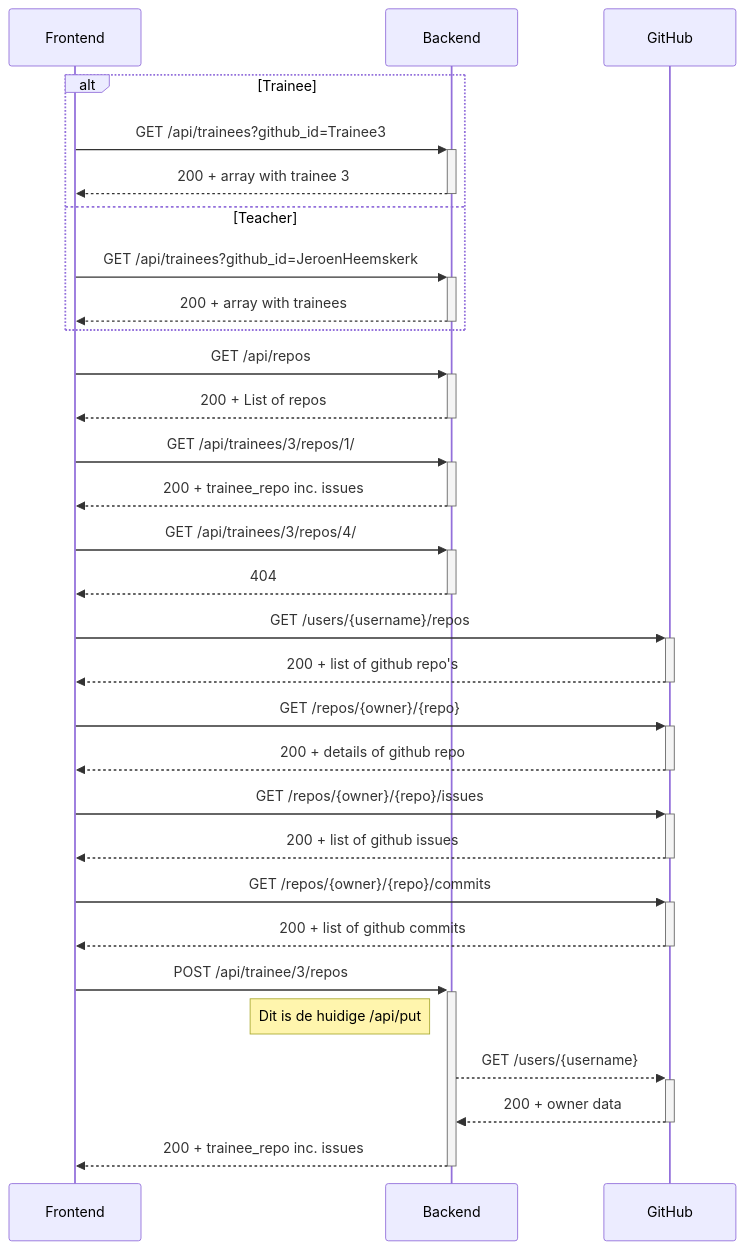
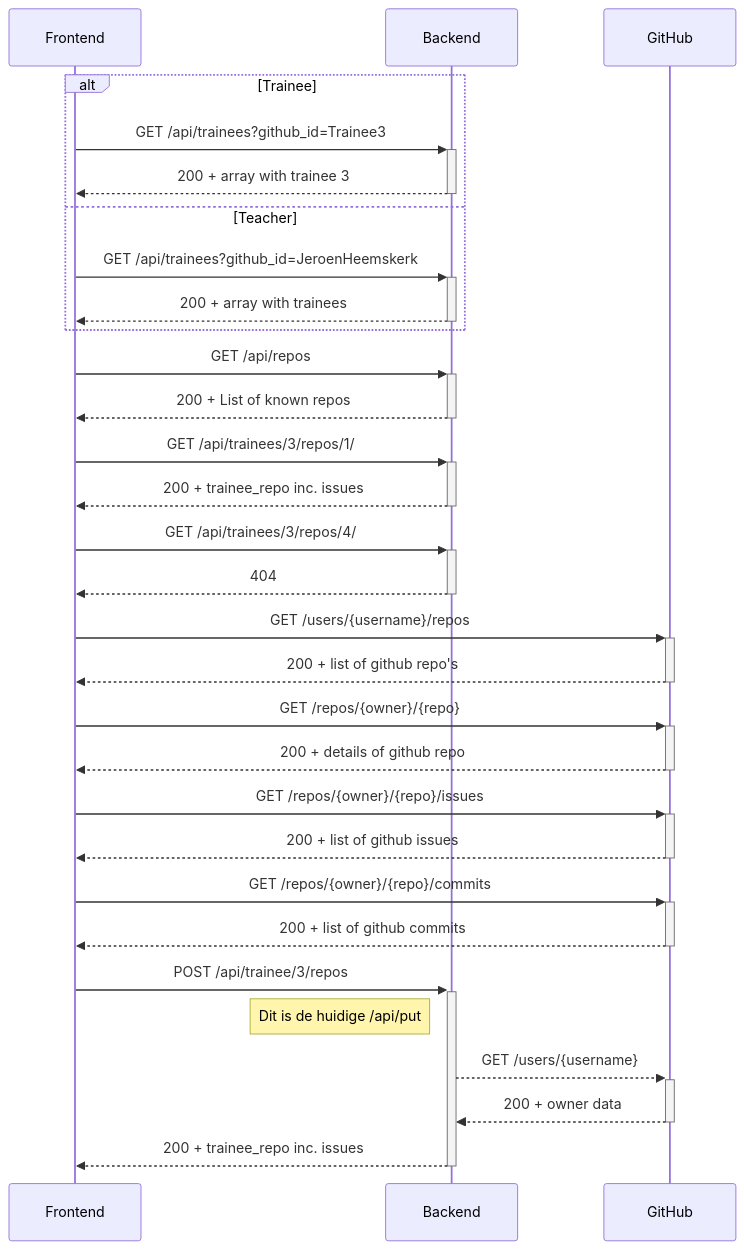
The first of 2 diagrams in documents/API-flow.md (Educom-Trainees/educom-do-i-code), drawn with Mermaid before and after one commit. The commit also changed other lines of this file, not shown here.

````diff
--- a/documents/API-flow.md
+++ b/documents/API-flow.md
@@ -2,29 +2,29 @@
 ```mermaid
 sequenceDiagram
     alt Trainee
     Frontend->>+Backend: GET /api/trainees?github_id=Trainee3
     Backend-->>-Frontend: 200 + array with trainee 3
     else Teacher
     Frontend->>+Backend: GET /api/trainees?github_id=JeroenHeemskerk
     Backend-->>-Frontend: 200 + array with trainees
     end
     Frontend->>+Backend: GET /api/repos
-    Backend-->>-Frontend: 200 + List of repos
+    Backend-->>-Frontend: 200 + List of known repos
     Frontend->>+Backend: GET /api/trainees/3/repos/1/
     Backend-->>-Frontend: 200 + trainee_repo inc. issues
     Frontend->>+Backend: GET /api/trainees/3/repos/4/
     Backend-->>-Frontend: 404
     Frontend->>+GitHub: GET /users/{username}/repos
     GitHub-->>-Frontend: 200 + list of github repo's
     Frontend->>+GitHub: GET /repos/{owner}/{repo}
     GitHub-->>-Frontend: 200 + details of github repo
     Frontend->>+GitHub: GET /repos/{owner}/{repo}/issues
     GitHub-->>-Frontend: 200 + list of github issues
     Frontend->>+GitHub: GET /repos/{owner}/{repo}/commits
     GitHub-->>-Frontend: 200 + list of github commits
     Frontend->>+Backend: POST /api/trainee/3/repos
     note left of Backend: Dit is de huidige /api/put
     Backend-->>+GitHub: GET /users/{username}
     GitHub-->>-Backend: 200 + owner data
     Backend-->>-Frontend: 200 + trainee_repo inc. issues
 ```
````
